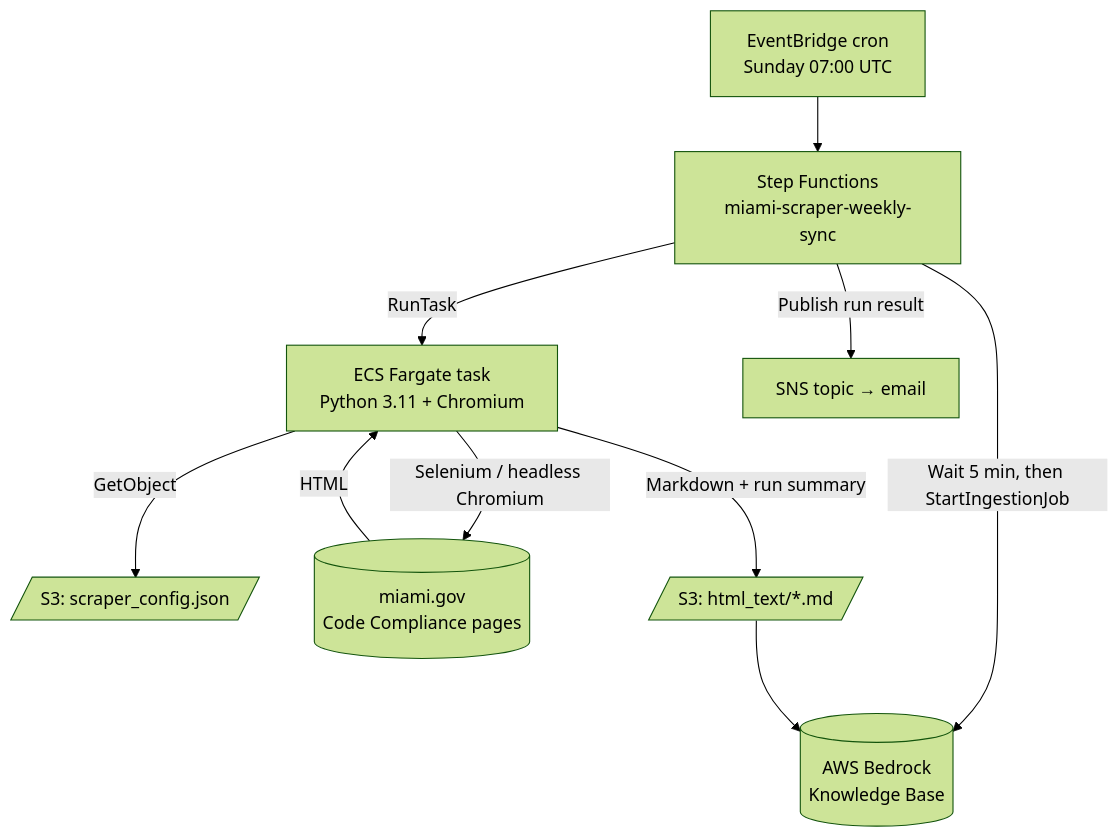
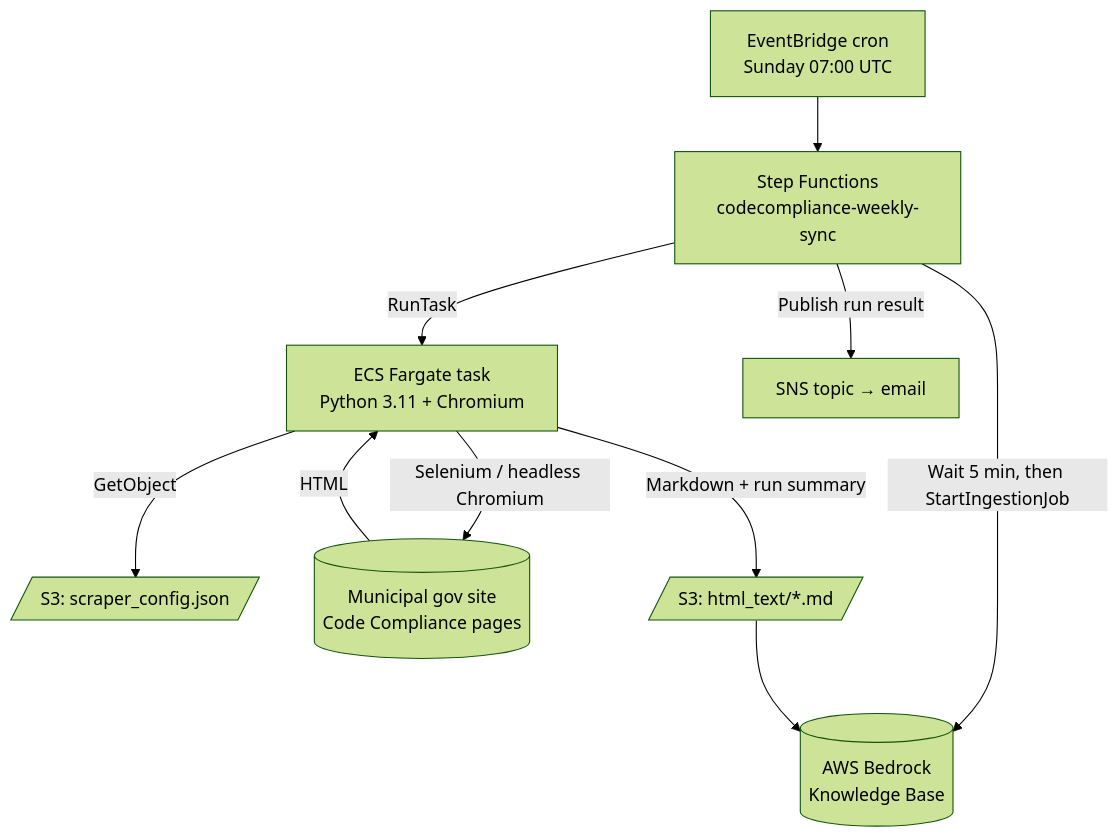
One commit to Technical-1/All-About-Me changed the diagram in public/data/portfolio/WebCrawler/architecture.md. Above: the diagram before and after it, drawn with Mermaid (forest theme). The commit also changed other lines of this file and 56 other files, not shown here.

````diff
--- a/public/data/portfolio/WebCrawler/architecture.md
+++ b/public/data/portfolio/WebCrawler/architecture.md
@@ -5,21 +5,21 @@
 ```mermaid
 flowchart TD
     EB[EventBridge cron<br/>Sunday 07:00 UTC]
-    SF[Step Functions<br/>miami-scraper-weekly-sync]
+    SF[Step Functions<br/>codecompliance-weekly-sync]
     ECS[ECS Fargate task<br/>Python 3.11 + Chromium]
     Cfg[/S3: scraper_config.json/]
-    Site[(miami.gov<br/>Code Compliance pages)]
+    Site[(Municipal gov site<br/>Code Compliance pages)]
     MD[/S3: html_text/*.md/]
     KB[(AWS Bedrock<br/>Knowledge Base)]
     SNS[SNS topic → email]
 
     EB --> SF
     SF -->|RunTask| ECS
     ECS -->|GetObject| Cfg
     ECS -->|Selenium / headless Chromium| Site
     Site -->|HTML| ECS
     ECS -->|Markdown + run summary| MD
     SF -->|Wait 5 min, then StartIngestionJob| KB
     MD --> KB
     SF -->|Publish run result| SNS
 ```
````
